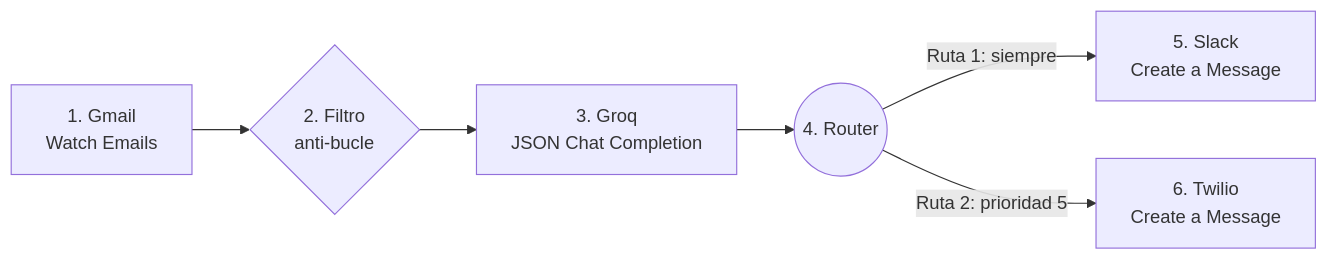
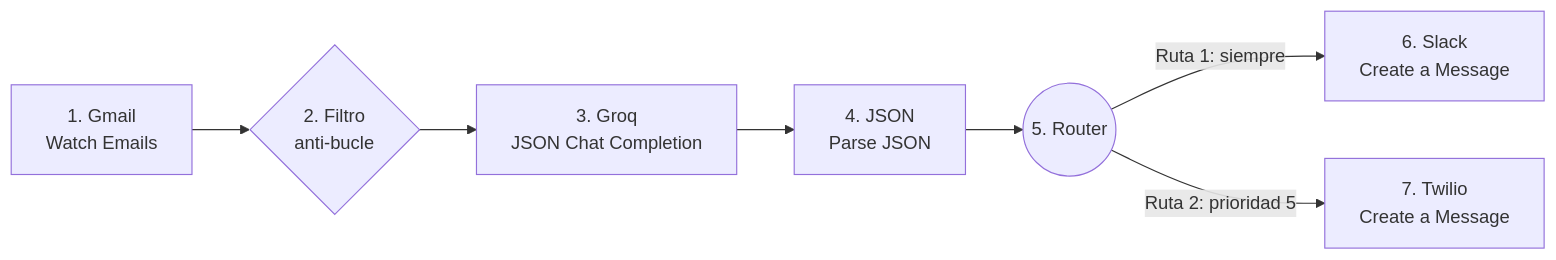
Before and after one commit to leanaraque/ai-automation-estudiantes: the diagram in semana-05/03-construir-escenario.md, drawn with Mermaid. The commit also changed other lines of this file and 3 other files, not shown here.

Commit message:
Semana 5: modulo Parse JSON antes del Router

````diff
--- a/semana-05/03-construir-escenario.md
+++ b/semana-05/03-construir-escenario.md
@@ -9,8 +9,9 @@
 ```mermaid
 flowchart LR
     A["1. Gmail<br/>Watch Emails"] --> F{"2. Filtro<br/>anti-bucle"}
     F --> B["3. Groq<br/>JSON Chat Completion"]
-    B --> R(("4. Router"))
-    R -- "Ruta 1: siempre" --> S["5. Slack<br/>Create a Message"]
-    R -- "Ruta 2: prioridad 5" --> W["6. Twilio<br/>Create a Message"]
+    B --> J["4. JSON<br/>Parse JSON"]
+    J --> R(("5. Router"))
+    R -- "Ruta 1: siempre" --> S["6. Slack<br/>Create a Message"]
+    R -- "Ruta 2: prioridad 5" --> W["7. Twilio<br/>Create a Message"]
 ```
````
